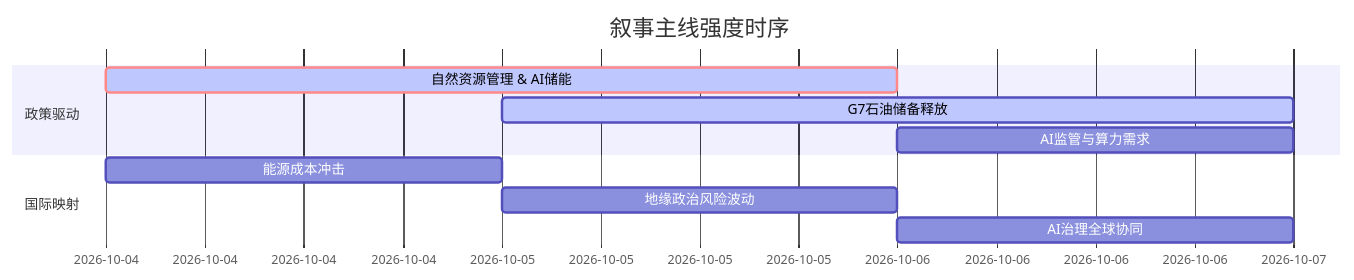
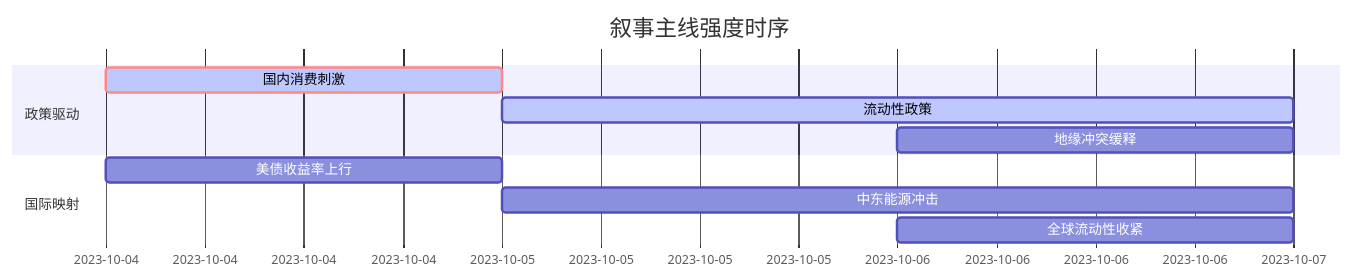
One commit to uu5zn/uu5zn.github.io changed the diagram in 5day_report.md. Above: the diagram before and after it, drawn with Mermaid. The commit also changed other lines of this file and 19 other files, not shown here.

````diff
--- a/5day_report.md
+++ b/5day_report.md
@@ -53,14 +54,14 @@
 ```mermaid
 gantt
     title 叙事主线强度时序
     dateFormat  YYYY-MM-DD
     section 政策驱动
-    自然资源管理 & AI储能   :crit, active, 2026-10-04, 2d
-    G7石油储备释放         :active, 2026-10-05, 1.5d
-    AI监管与算力需求          :2026-10-06, 1d
+    国内消费刺激   :crit, active, 2023-10-04, 1d
+    流动性政策     :active, 2023-10-05, 2d
+    地缘冲突缓释   :2023-10-06, 1d
     
     section 国际映射
-    能源成本冲击               :2026-10-04, 1d
-    地缘政治风险波动           :2026-10-05, 1d
-    AI治理全球协同             :2026-10-06, 0.5d
+    美债收益率上行   :2023-10-04, 1d
+    中东能源冲击   :2023-10-05, 2d
+    全球流动性收紧 :2023-10-06, 1d
 ```
````
